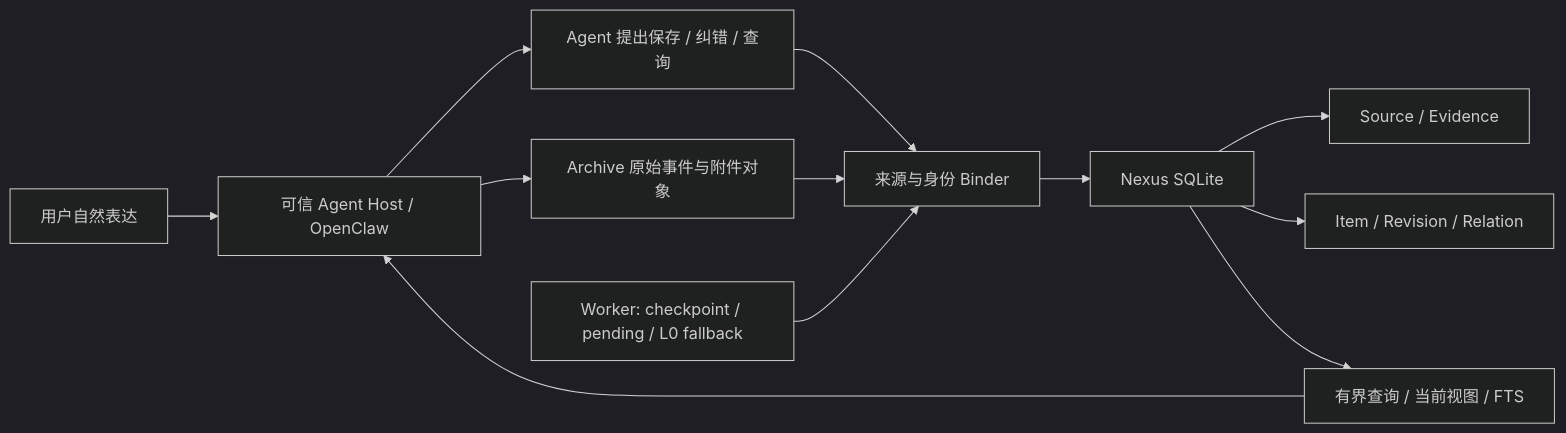
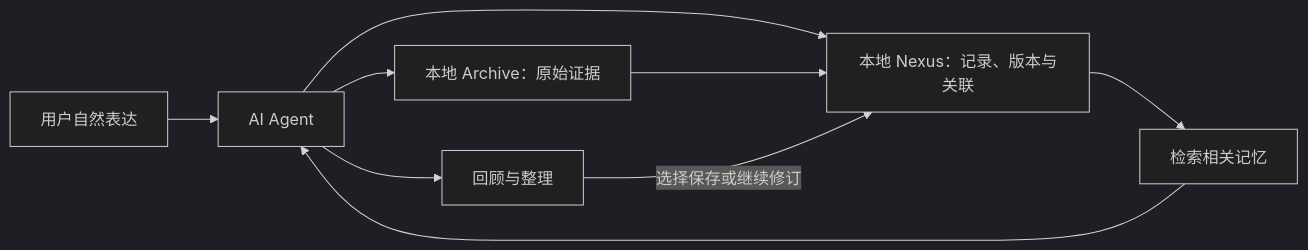
The diagram in README.md (yyyx5/NEXUS), drawn with Mermaid (dark theme) before and after one commit. The commit also changed other lines of this file and 1 other file, not shown here.

````diff
--- a/README.md
+++ b/README.md
@@ -26,14 +115,11 @@
 ```mermaid
 flowchart LR
-    U[用户自然表达] --> H[可信 Agent Host / OpenClaw]
-    H --> A[Archive 原始事件与附件对象]
-    H --> P[Agent 提出保存 / 纠错 / 查询]
-    P --> B[来源与身份 Binder]
-    A --> B
-    B --> N[Nexus SQLite]
-    N --> S[Source / Evidence]
-    N --> R[Item / Revision / Relation]
-    N --> Q[有界查询 / 当前视图 / FTS]
-    Q --> H
-    W[Worker: checkpoint / pending / L0 fallback] --> B
+    U[用户自然表达] --> A[AI Agent]
+    A --> R[本地 Archive：原始证据]
+    A --> N[本地 Nexus：记录、版本与关联]
+    R --> N
+    N --> Q[检索相关记忆]
+    Q --> A
+    A --> O[回顾与整理]
+    O -->|选择保存或继续修订| N
 ```
````
